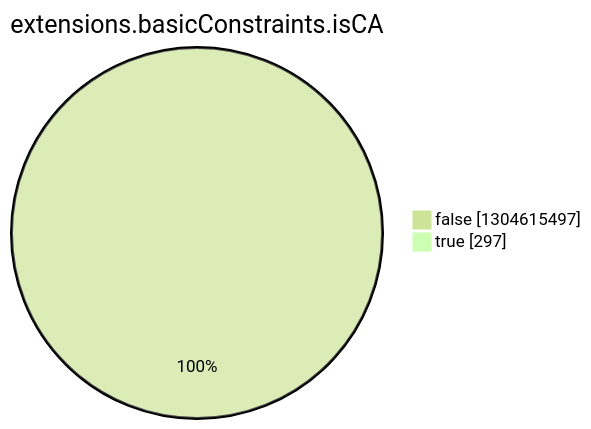
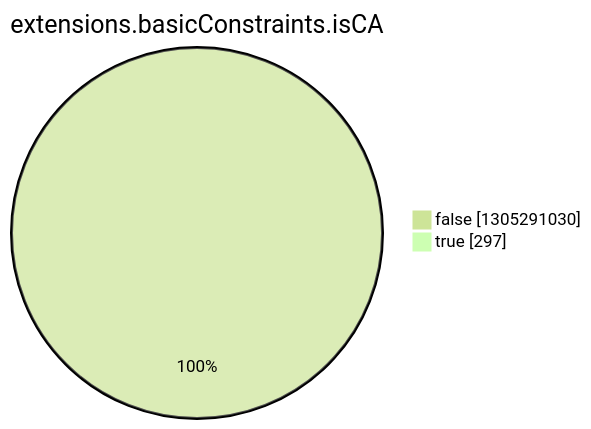
One commit to christiankrug/ctmonitor_visualization changed the eighth of 15 diagrams in argon2022/README.md. Above: the diagram before and after it, drawn with Mermaid (forest theme). The commit also changed other lines of this file, not shown here.

````diff
--- a/argon2022/README.md
+++ b/argon2022/README.md
@@ -2757,6 +2757,6 @@
 ```mermaid
 pie showData
 title extensions.basicConstraints.isCA
-"false" :1304615497
+"false" :1305291030
 "true" :297
 ```
````
